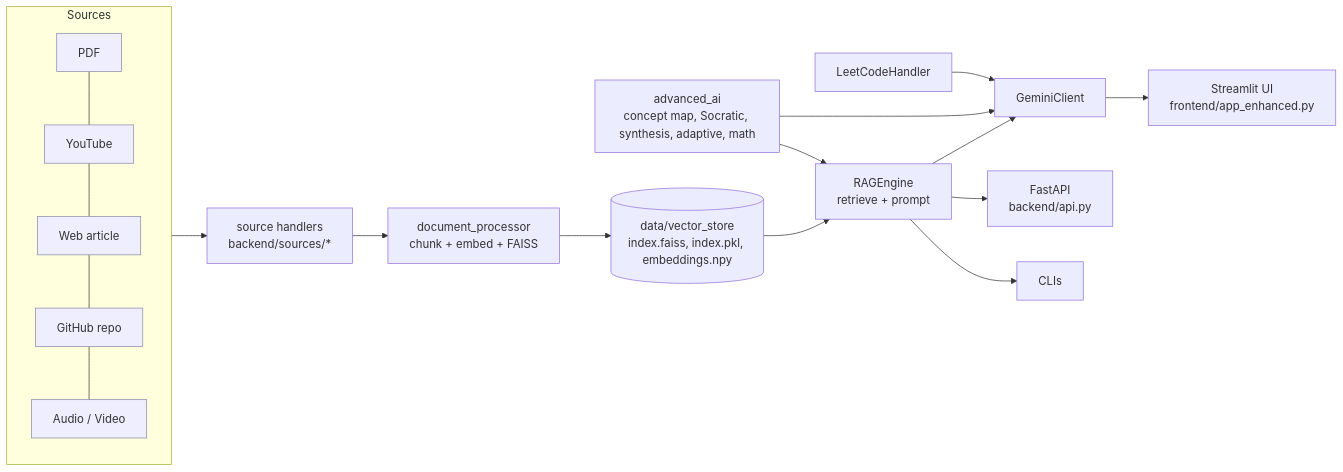
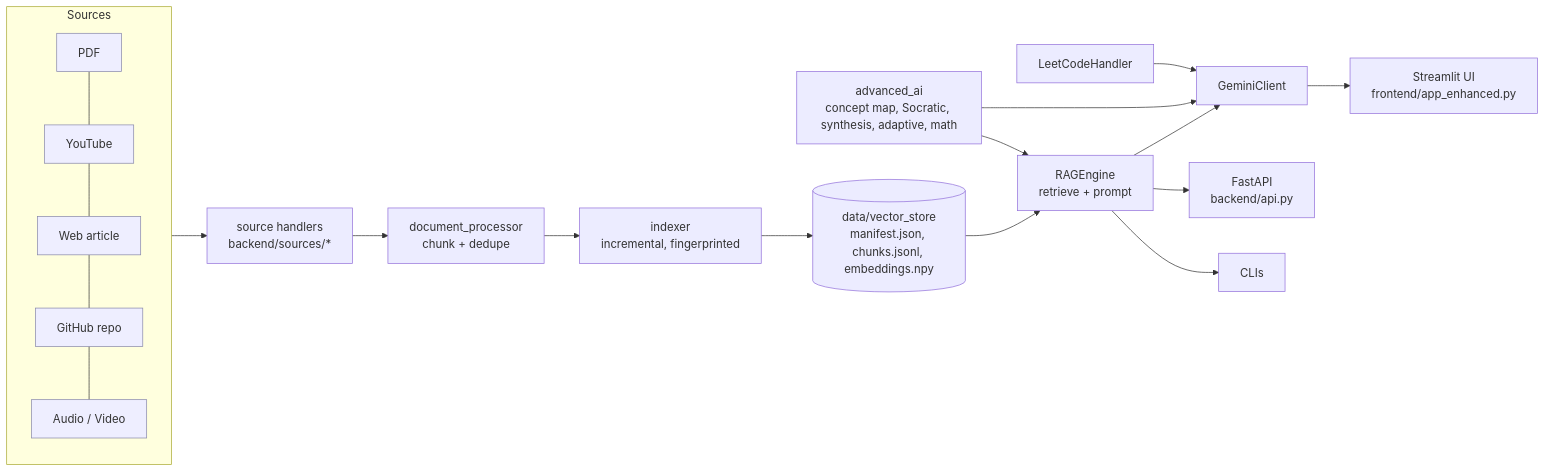
The diagram in README.md (moh0405/Lectern), drawn with Mermaid before and after one commit. The commit also changed other lines of this file and 6 other files, not shown here.

First line of the commit message:
Make FAISS an opt-in backend; document the store, indexer and findings

````diff
--- a/README.md
+++ b/README.md
@@ -110,18 +110,19 @@
 ```mermaid
 flowchart LR
     subgraph Sources
         PDF[PDF]:::s --- YT[YouTube]:::s --- WEB[Web article]:::s --- GH[GitHub repo]:::s --- AU[Audio / Video]:::s
     end
     Sources --> SM[source handlers<br/>backend/sources/*]
-    SM --> DP[document_processor<br/>chunk + embed + FAISS]
-    DP --> VS[(data/vector_store<br/>index.faiss, index.pkl, embeddings.npy)]
+    SM --> DP[document_processor<br/>chunk + dedupe]
+    DP --> IX[indexer<br/>incremental, fingerprinted]
+    IX --> VS[(data/vector_store<br/>manifest.json, chunks.jsonl, embeddings.npy)]
     VS --> RAG[RAGEngine<br/>retrieve + prompt]
     RAG --> LLM[GeminiClient]
     ADV[advanced_ai<br/>concept map, Socratic, synthesis, adaptive, math] --> RAG
     ADV --> LLM
     LC[LeetCodeHandler] --> LLM
     LLM --> UI[Streamlit UI<br/>frontend/app_enhanced.py]
     RAG --> API[FastAPI<br/>backend/api.py]
     RAG --> CLI[CLIs]
     classDef s fill:#eef,stroke:#88a;
 ```
````
